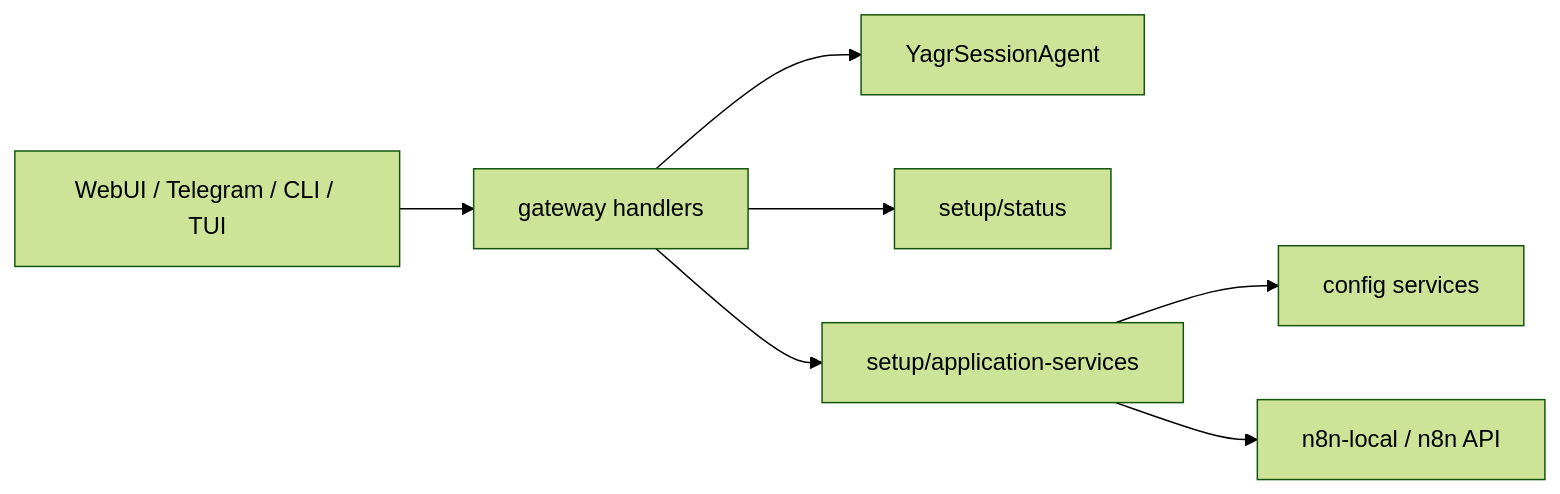
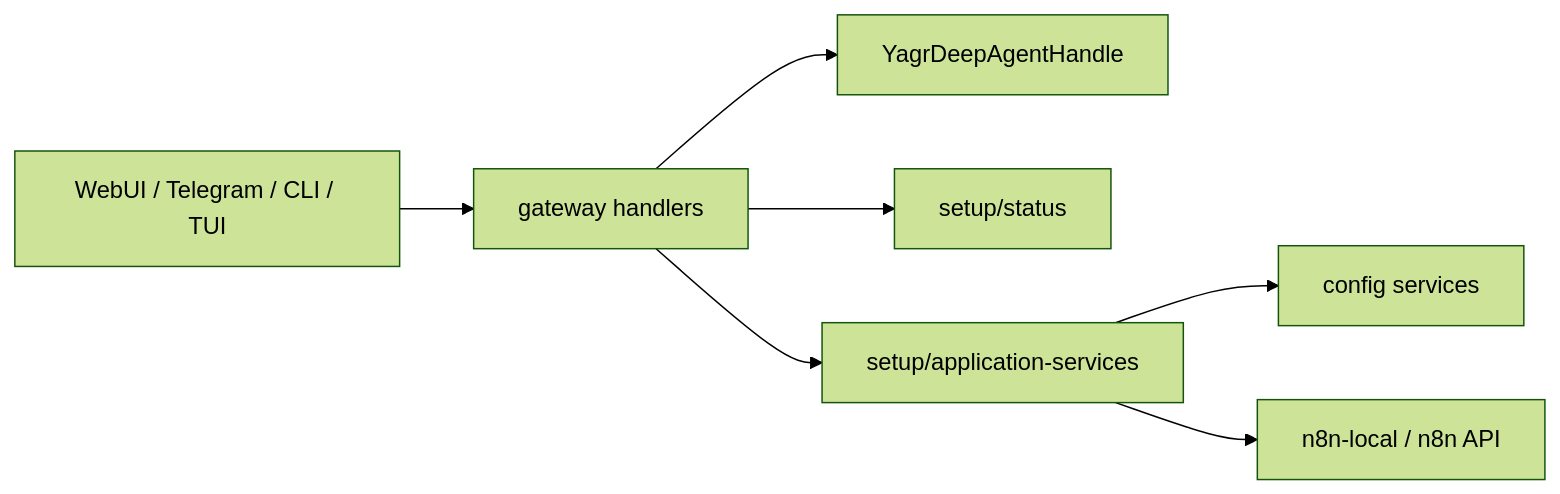
Before and after one commit to EtienneLescot/yagr: the third of 4 diagrams in architecture/current/system-overview.md, drawn with Mermaid (forest theme). The commit also changed other lines of this file and 30 other files, not shown here.

````diff
--- a/architecture/current/system-overview.md
+++ b/architecture/current/system-overview.md
@@ -299,17 +289,17 @@
 ```mermaid
 flowchart LR
     UI[WebUI / Telegram / CLI / TUI]
     GW[gateway handlers]
-    SA[YagrSessionAgent]
+  SA[YagrDeepAgentHandle]
     SS[setup/status]
     AS[setup/application-services]
     CFG[config services]
     N8N[n8n-local / n8n API]
 
     UI --> GW
     GW --> SA
     GW --> SS
     GW --> AS
     AS --> CFG
     AS --> N8N
 ```
````
